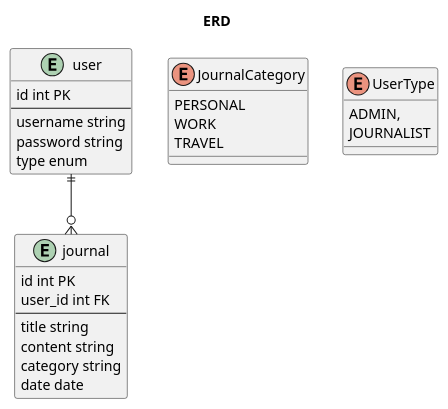
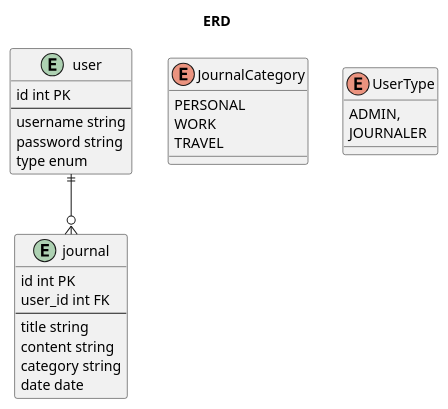
The diagram in docs/erd.md (Tevingatheru/journal-react), drawn with PlantUML before and after one commit. The commit also changed 3 other files, not shown here.

````diff
--- a/docs/erd.md
+++ b/docs/erd.md
@@ -1,38 +1,38 @@
 ```plantuml
 @startuml
 
 title ERD
 
 entity "journal" as journal {
   id int PK
   user_id int FK
   ---
   title string
   content string
   category string
   date date
 }
 
 enum "JournalCategory" as jt {
   PERSONAL
   WORK
   TRAVEL
 }
 
 enum "UserType" as ut {
   ADMIN,
-  JOURNALIST
+  JOURNALER
 }
 
 entity "user" as user {
   id int PK
   ---
   username string
   password string
   type enum
 }
 
 user ||--o{ journal
 @endum
 
 ```
````
